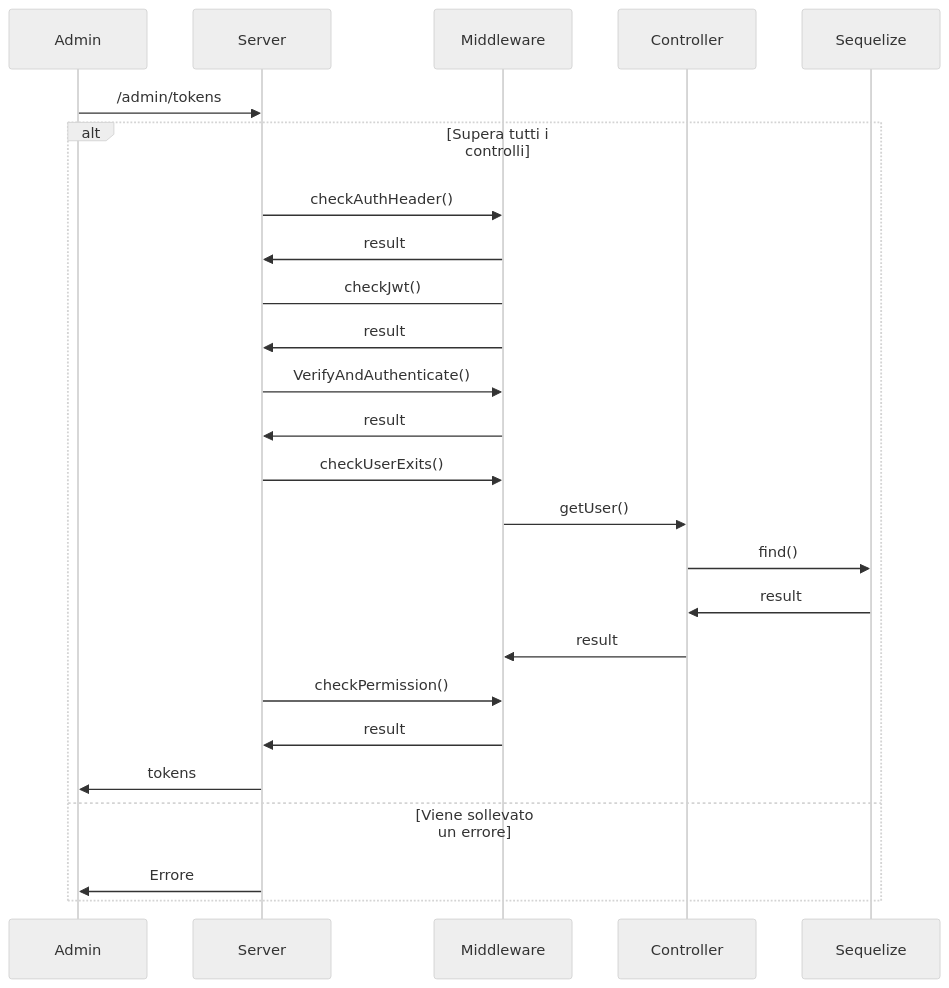
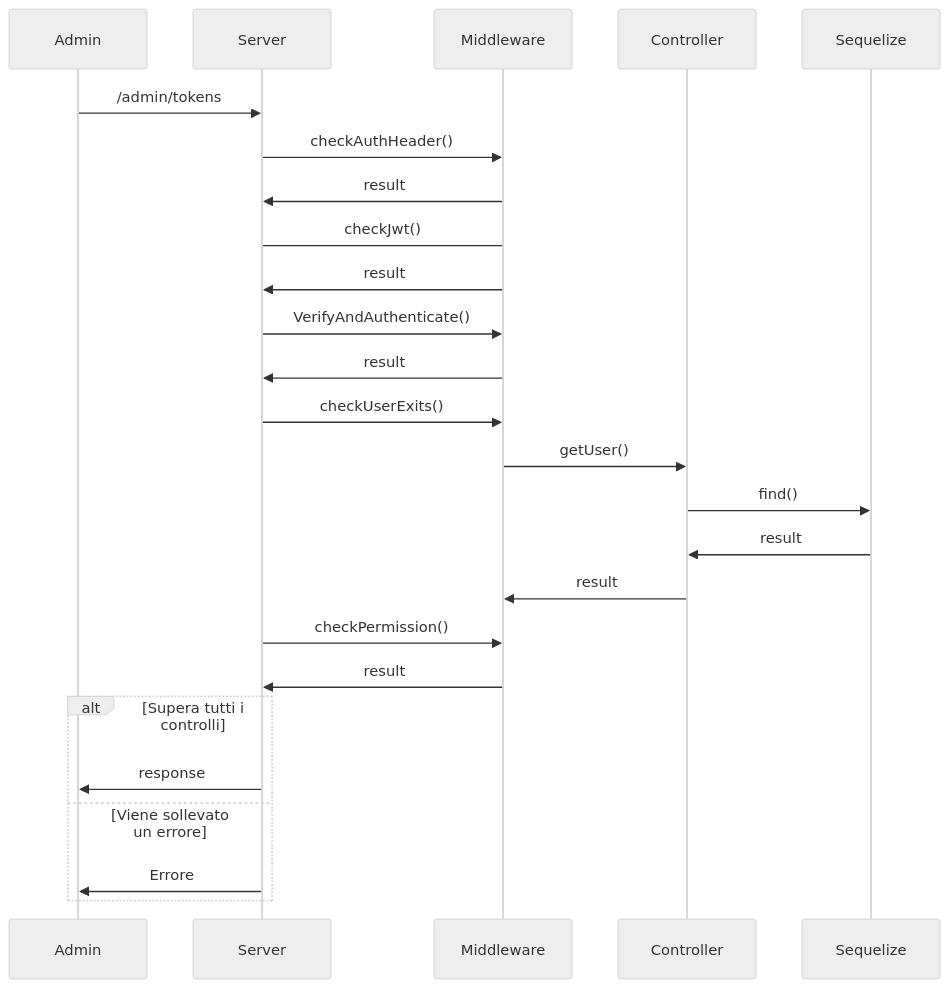
Before and after one commit to AgneseBruglia/PA2024: the fifth of 6 diagrams in README.md, drawn with Mermaid (neutral theme).

````diff
--- a/README.md
+++ b/README.md
@@ -262,23 +262,24 @@
 ```mermaid
 sequenceDiagram
     Admin->>Server: /admin/tokens
+    actor Admin
+    Server->>Middleware: checkAuthHeader()
+    Middleware->>Server: result
+    Server->Middleware: checkJwt()
+    Middleware->>Server: result
+    Server->>Middleware: VerifyAndAuthenticate() 
+    Middleware->>Server: result
+    Server->>Middleware: checkUserExits()
+    Middleware->>Controller: getUser()
+    Controller->>Sequelize: find()
+    Sequelize->>Controller: result
+    Controller->>Middleware: result
+    Server->>Middleware: checkPermission()
+    Middleware->>Server: result 
+    
     alt Supera tutti i controlli
-        actor Admin
-        Server->>Middleware: checkAuthHeader()
-        Middleware->>Server: result
-        Server->Middleware: checkJwt()
-        Middleware->>Server: result
-        Server->>Middleware: VerifyAndAuthenticate() 
-        Middleware->>Server: result
-        Server->>Middleware: checkUserExits()
-        Middleware->>Controller: getUser()
-        Controller->>Sequelize: find()
-        Sequelize->>Controller: result
-        Controller->>Middleware: result
-        Server->>Middleware: checkPermission()
-        Middleware->>Server: result 
-        Server->>Admin: tokens
+        Server->>Admin: response
     else Viene sollevato un errore
         Server->>Admin: Errore
     end
 ```
````
